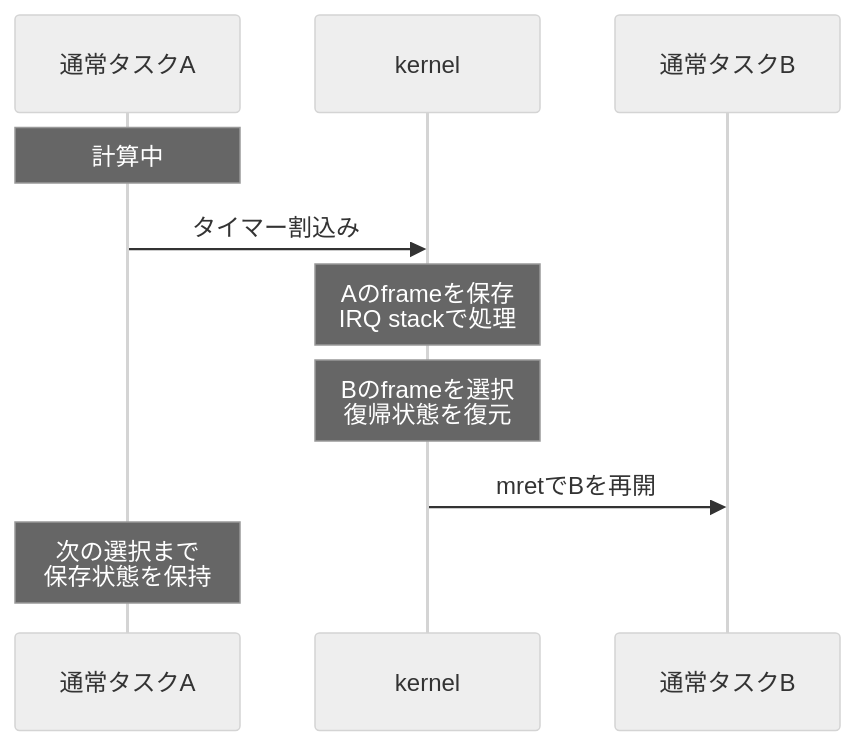
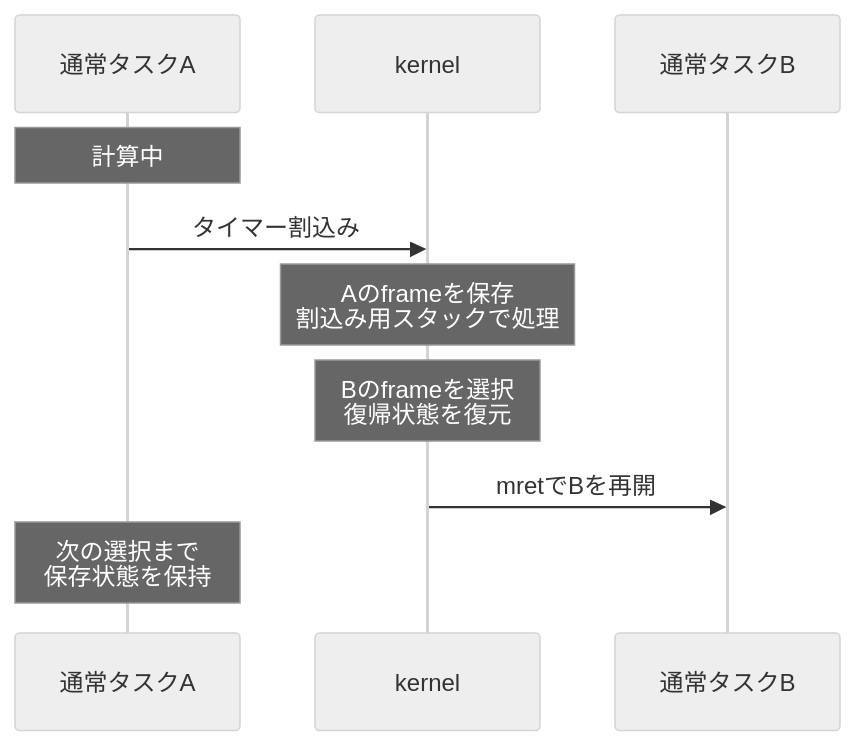
One commit to masanork/nihos changed the diagram in docs/book/figures/context-switch.mmd. Above: the diagram before and after it, drawn with Mermaid (neutral theme). The commit also changed 26 other files, not shown here.

```diff
--- a/docs/book/figures/context-switch.mmd
+++ b/docs/book/figures/context-switch.mmd
@@ -1,12 +1,12 @@
 sequenceDiagram
     accTitle: 保存した復帰先を、別のタスクへ切り替える
     accDescr: タスクAへのタイマー割込みでframeを保存し、kernelがタスクBのframeを選ぶ。mretはBを再開し、Aは次に選ばれるまで保存状態を保持する。
     participant A as 通常タスクA
     participant K as kernel
     participant B as 通常タスクB
     Note over A: 計算中
     A->>K: タイマー割込み
-    Note over K: Aのframeを保存<br/>IRQ stackで処理
+    Note over K: Aのframeを保存<br/>割込み用スタックで処理
     Note over K: Bのframeを選択<br/>復帰状態を復元
     K->>B: mretでBを再開
     Note over A: 次の選択まで<br/>保存状態を保持
```
